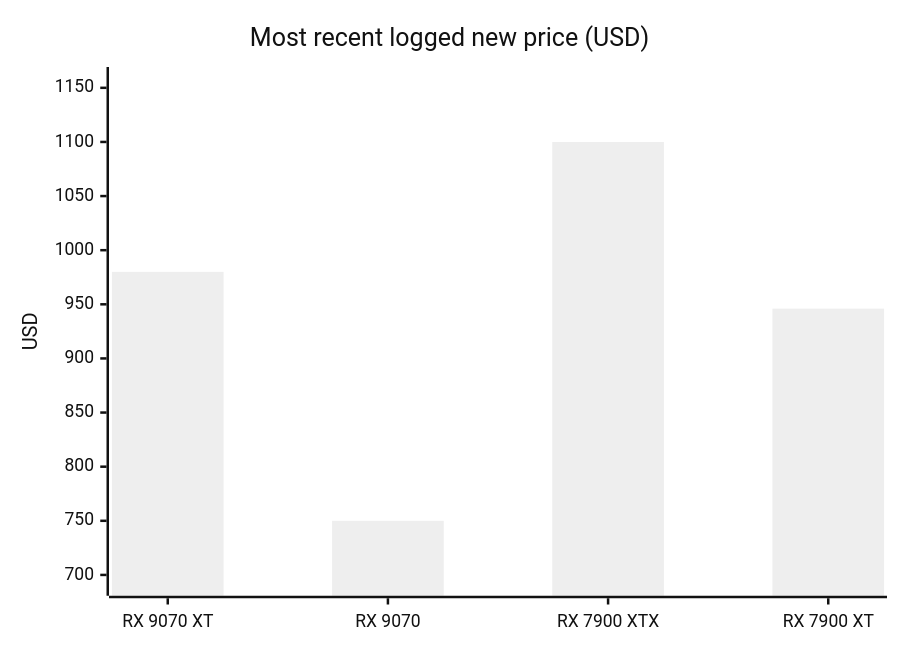
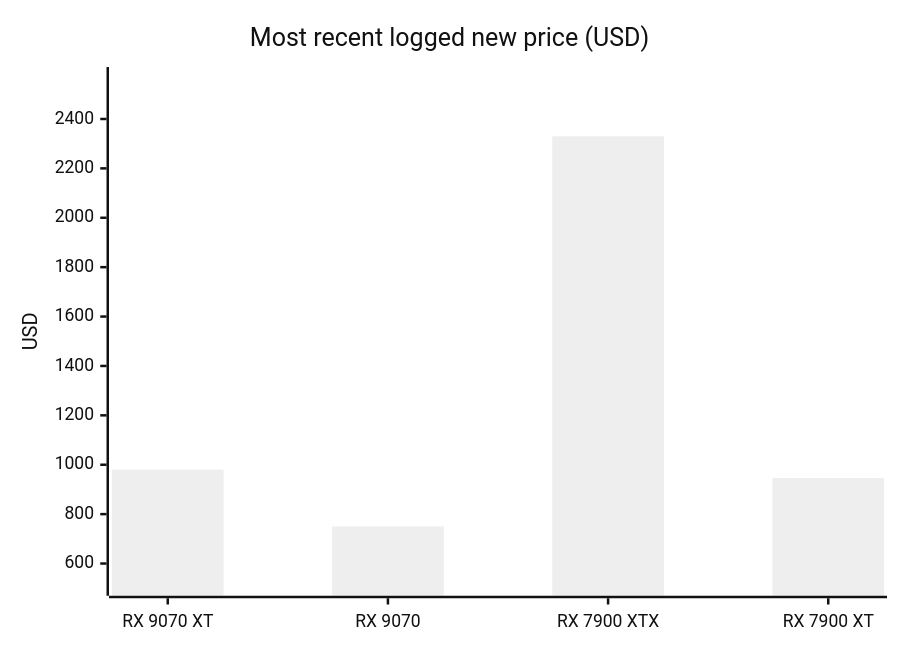
The tenth of 18 diagrams in README.md (7324136828/4tb_ssd_price_watch), drawn with Mermaid (neutral theme) before and after one commit. The commit also changed other lines of this file, not shown here.

````diff
--- a/README.md
+++ b/README.md
@@ -1242,7 +1280,7 @@
 ```mermaid
 xychart-beta
     title "Most recent logged new price (USD)"
     x-axis ["RX 9070 XT", "RX 9070", "RX 7900 XTX", "RX 7900 XT"]
-    y-axis "USD" 690 --> 1160
-    bar [979.99, 749.99, 1099.99, 946.00]
+    y-axis "USD" 510 --> 2570
+    bar [979.99, 749.99, 2330.00, 946.00]
 ```
````
